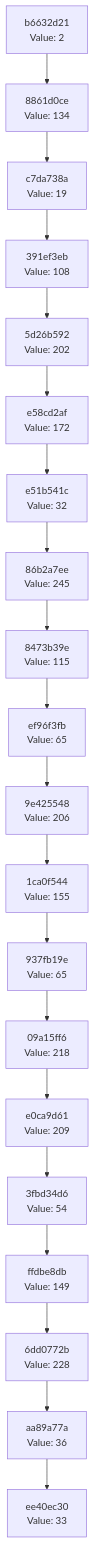
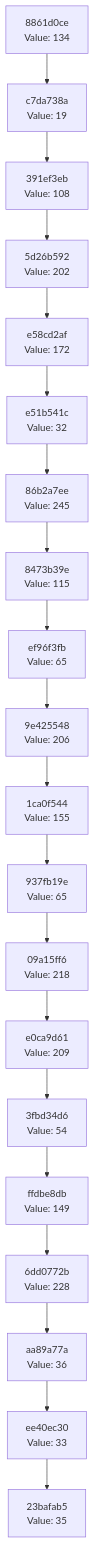
One commit to Abhisheksinha1506/hash-chain-evolver changed the diagram in docs/CHAIN_VISUALIZATION.md. Above: the diagram before and after it, drawn with Mermaid. The commit also changed 3 other files, not shown here.

````diff
--- a/docs/CHAIN_VISUALIZATION.md
+++ b/docs/CHAIN_VISUALIZATION.md
@@ -3,42 +3,42 @@
 ```mermaid
 graph TD
-    C0["ee40ec30<br/>Value: 33"]
-    C1["aa89a77a<br/>Value: 36"]
+    C0["23bafab5<br/>Value: 35"]
+    C1["ee40ec30<br/>Value: 33"]
     C1 --> C0
-    C2["6dd0772b<br/>Value: 228"]
+    C2["aa89a77a<br/>Value: 36"]
     C2 --> C1
-    C3["ffdbe8db<br/>Value: 149"]
+    C3["6dd0772b<br/>Value: 228"]
     C3 --> C2
-    C4["3fbd34d6<br/>Value: 54"]
+    C4["ffdbe8db<br/>Value: 149"]
     C4 --> C3
-    C5["e0ca9d61<br/>Value: 209"]
+    C5["3fbd34d6<br/>Value: 54"]
     C5 --> C4
-    C6["09a15ff6<br/>Value: 218"]
+    C6["e0ca9d61<br/>Value: 209"]
     C6 --> C5
-    C7["937fb19e<br/>Value: 65"]
+    C7["09a15ff6<br/>Value: 218"]
     C7 --> C6
-    C8["1ca0f544<br/>Value: 155"]
+    C8["937fb19e<br/>Value: 65"]
     C8 --> C7
-    C9["9e425548<br/>Value: 206"]
+    C9["1ca0f544<br/>Value: 155"]
     C9 --> C8
-    C10["ef96f3fb<br/>Value: 65"]
+    C10["9e425548<br/>Value: 206"]
     C10 --> C9
-    C11["8473b39e<br/>Value: 115"]
+    C11["ef96f3fb<br/>Value: 65"]
     C11 --> C10
-    C12["86b2a7ee<br/>Value: 245"]
+    C12["8473b39e<br/>Value: 115"]
     C12 --> C11
-    C13["e51b541c<br/>Value: 32"]
+    C13["86b2a7ee<br/>Value: 245"]
     C13 --> C12
-    C14["e58cd2af<br/>Value: 172"]
+    C14["e51b541c<br/>Value: 32"]
     C14 --> C13
-    C15["5d26b592<br/>Value: 202"]
+    C15["e58cd2af<br/>Value: 172"]
     C15 --> C14
-    C16["391ef3eb<br/>Value: 108"]
+    C16["5d26b592<br/>Value: 202"]
     C16 --> C15
-    C17["c7da738a<br/>Value: 19"]
+    C17["391ef3eb<br/>Value: 108"]
     C17 --> C16
-    C18["8861d0ce<br/>Value: 134"]
+    C18["c7da738a<br/>Value: 19"]
     C18 --> C17
-    C19["b6632d21<br/>Value: 2"]
+    C19["8861d0ce<br/>Value: 134"]
     C19 --> C18
 ```
````
